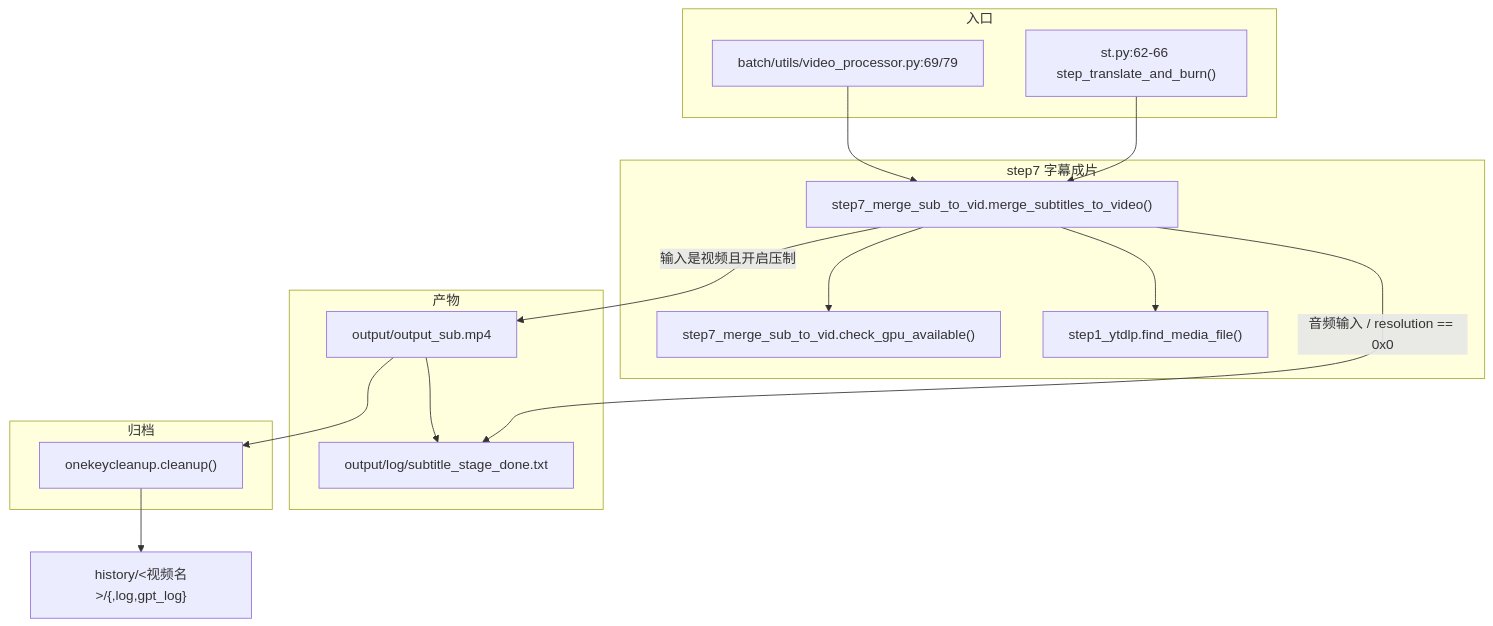
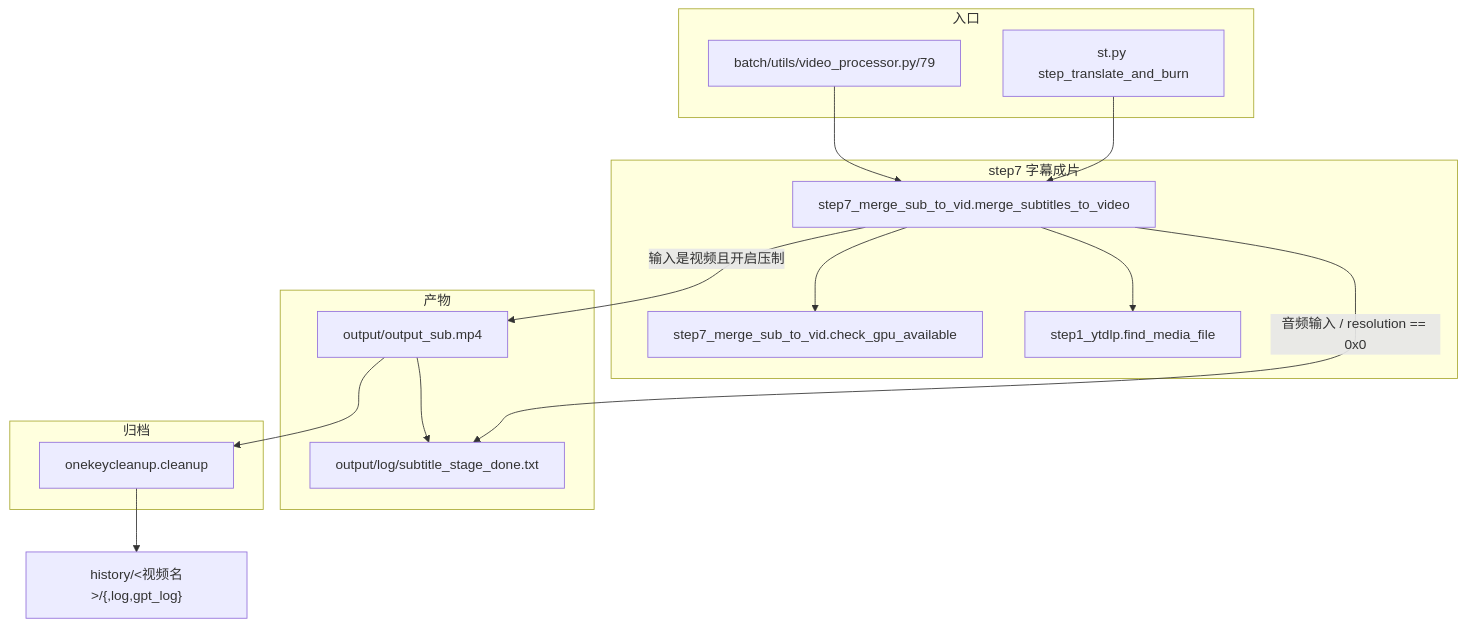
Before and after one commit to Brzjomo/VideoLingoMove: the diagram in devdocs/02-pipeline/06-字幕压制与成片.md, drawn with Mermaid. The commit also changed other lines of this file and 33 other files, not shown here.

````diff
--- a/devdocs/02-pipeline/06-字幕压制与成片.md
+++ b/devdocs/02-pipeline/06-字幕压制与成片.md
@@ -52,32 +52,32 @@
 ```mermaid
 flowchart TD
-    subgraph UI["入口"]
-        ST["st.py:62-66 step_translate_and_burn()"]
-        BP["batch/utils/video_processor.py:69/79"]
-    end
+ subgraph UI["入口"]
+ ST["st.py step_translate_and_burn"]
+ BP["batch/utils/video_processor.py/79"]
+ end
 
-    subgraph P1["step7 字幕成片"]
-        S7["step7_merge_sub_to_vid.merge_subtitles_to_video()"]
-        GPU["step7_merge_sub_to_vid.check_gpu_available()"]
-        FMF["step1_ytdlp.find_media_file()"]
-        S7 --> FMF
-        S7 --> GPU
-    end
+ subgraph P1["step7 字幕成片"]
+ S7["step7_merge_sub_to_vid.merge_subtitles_to_video"]
+ GPU["step7_merge_sub_to_vid.check_gpu_available"]
+ FMF["step1_ytdlp.find_media_file"]
+ S7 --> FMF
+ S7 --> GPU
+ end
 
-    subgraph OUT1["产物"]
-        OSUB["output/output_sub.mp4"]
-        MARK["output/log/subtitle_stage_done.txt"]
-    end
+ subgraph OUT1["产物"]
+ OSUB["output/output_sub.mp4"]
+ MARK["output/log/subtitle_stage_done.txt"]
+ end
 
-    subgraph AUX["归档"]
-        CL["onekeycleanup.cleanup()"]
-    end
+ subgraph AUX["归档"]
+ CL["onekeycleanup.cleanup"]
+ end
 
-    ST --> S7
-    BP --> S7
-    S7 -->|"输入是视频且开启压制"| OSUB
-    S7 -->|"音频输入 / resolution == 0x0"| MARK
-    OSUB --> MARK
-    OSUB --> CL
-    CL --> HIST["history/<视频名>/{,log,gpt_log}"]
+ ST --> S7
+ BP --> S7
+ S7 -->|"输入是视频且开启压制"| OSUB
+ S7 -->|"音频输入 / resolution == 0x0"| MARK
+ OSUB --> MARK
+ OSUB --> CL
+ CL --> HIST["history/<视频名>/{,log,gpt_log}"]
 ```
````
